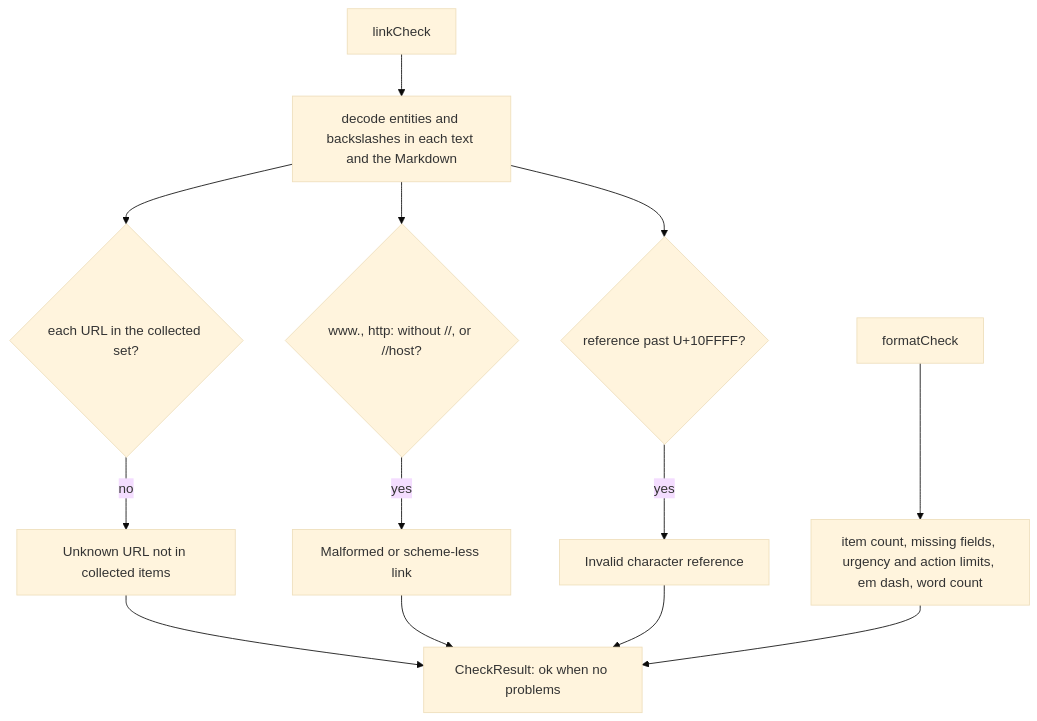
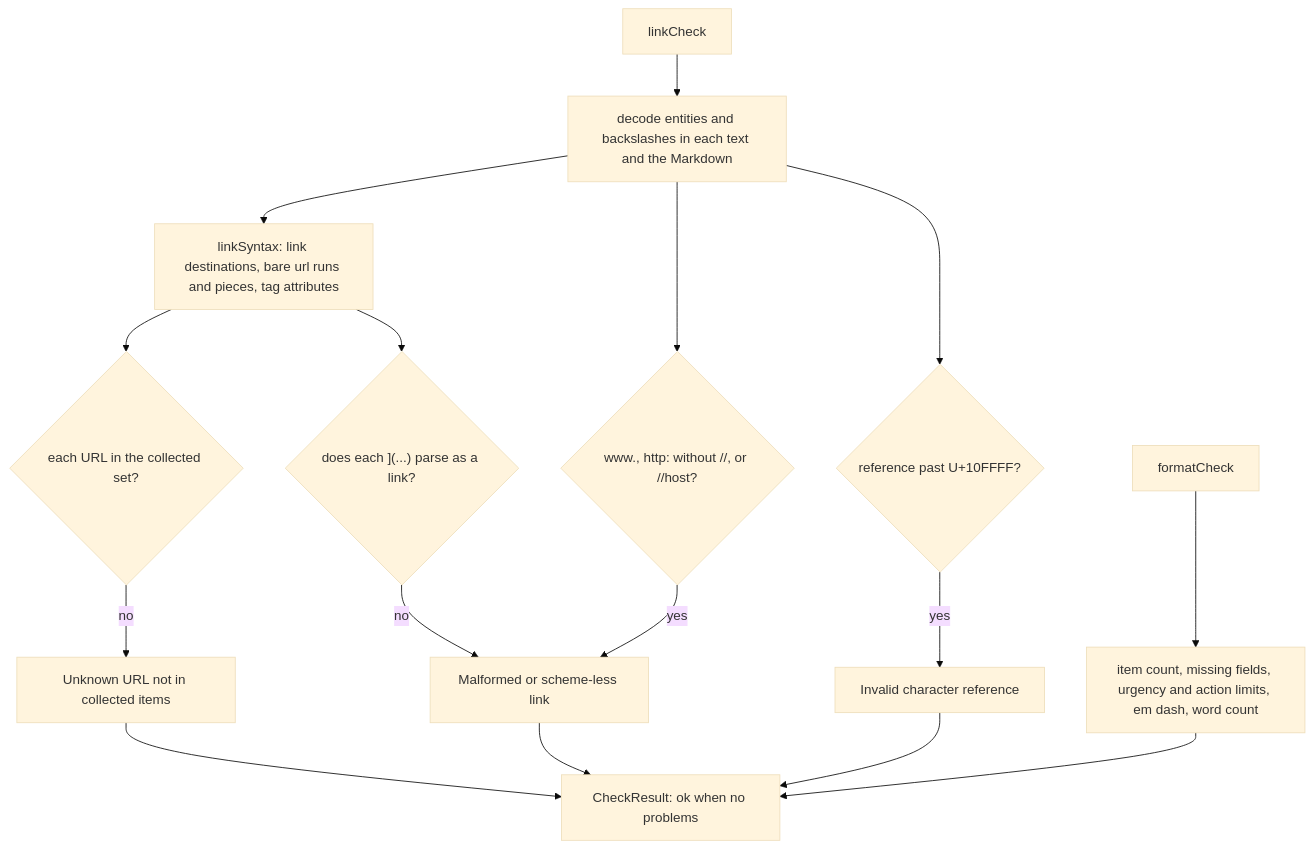
One commit to odere-pro/weekly-engineering-digest-agent changed the second of 2 diagrams in src/checks/CLAUDE.md. Above: the diagram before and after it, drawn with Mermaid (base theme). The commit also changed other lines of this file and 52 other files, not shown here.

````diff
--- a/src/checks/CLAUDE.md
+++ b/src/checks/CLAUDE.md
@@ -22,12 +22,15 @@
 ```mermaid
 flowchart TD
   link[linkCheck] --> decode["decode entities and backslashes in each text and the Markdown"]
-  decode --> urls{"each URL in the collected set?"}
+  decode --> read["linkSyntax: link destinations, bare url runs and pieces, tag attributes"]
+  read --> urls{"each URL in the collected set?"}
   urls -->|no| p1["Unknown URL not in collected items"]
+  read --> clean{"does each ](...) parse as a link?"}
+  clean -->|no| p2["Malformed or scheme-less link"]
   decode --> odd{"www., http: without //, or //host?"}
-  odd -->|yes| p2["Malformed or scheme-less link"]
+  odd -->|yes| p2
   decode --> ref{"reference past U+10FFFF?"}
   ref -->|yes| p3["Invalid character reference"]
   fmt[formatCheck] --> p4["item count, missing fields, urgency and action limits, em dash, word count"]
   p1 & p2 & p3 & p4 --> result["CheckResult: ok when no problems"]
 ```
````
